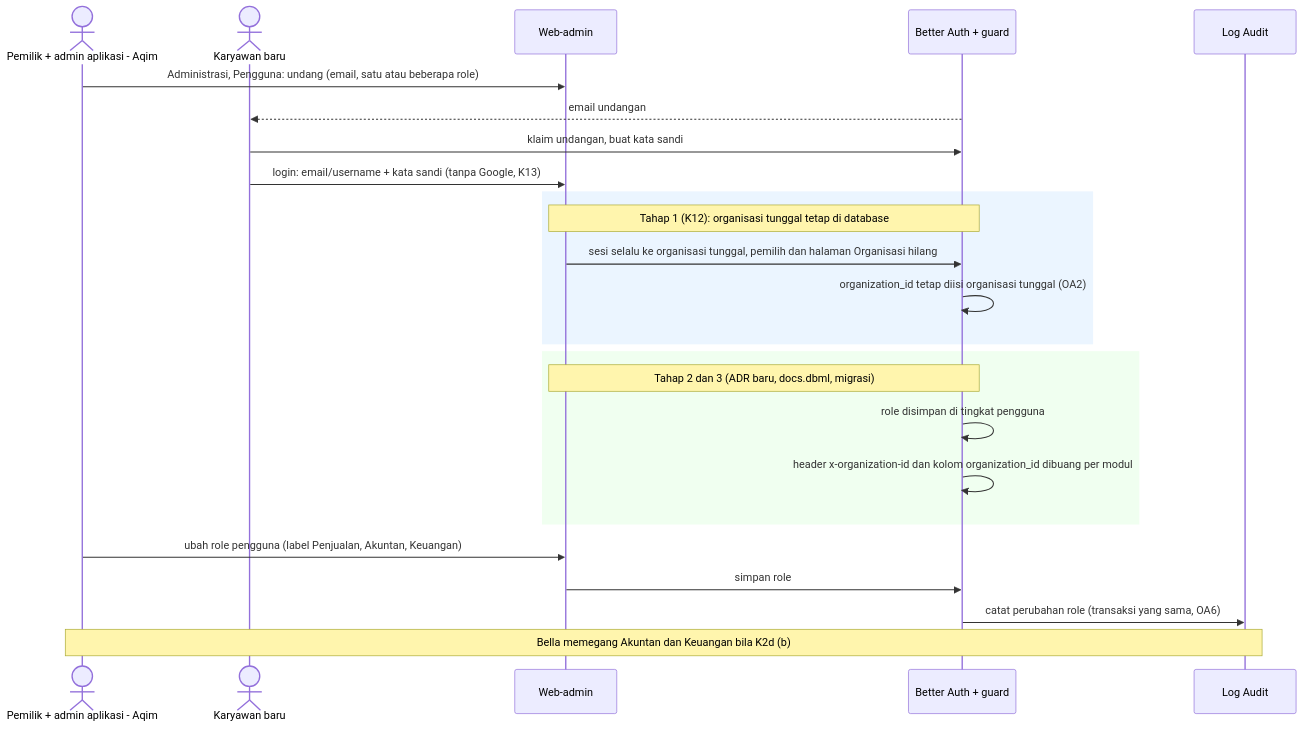
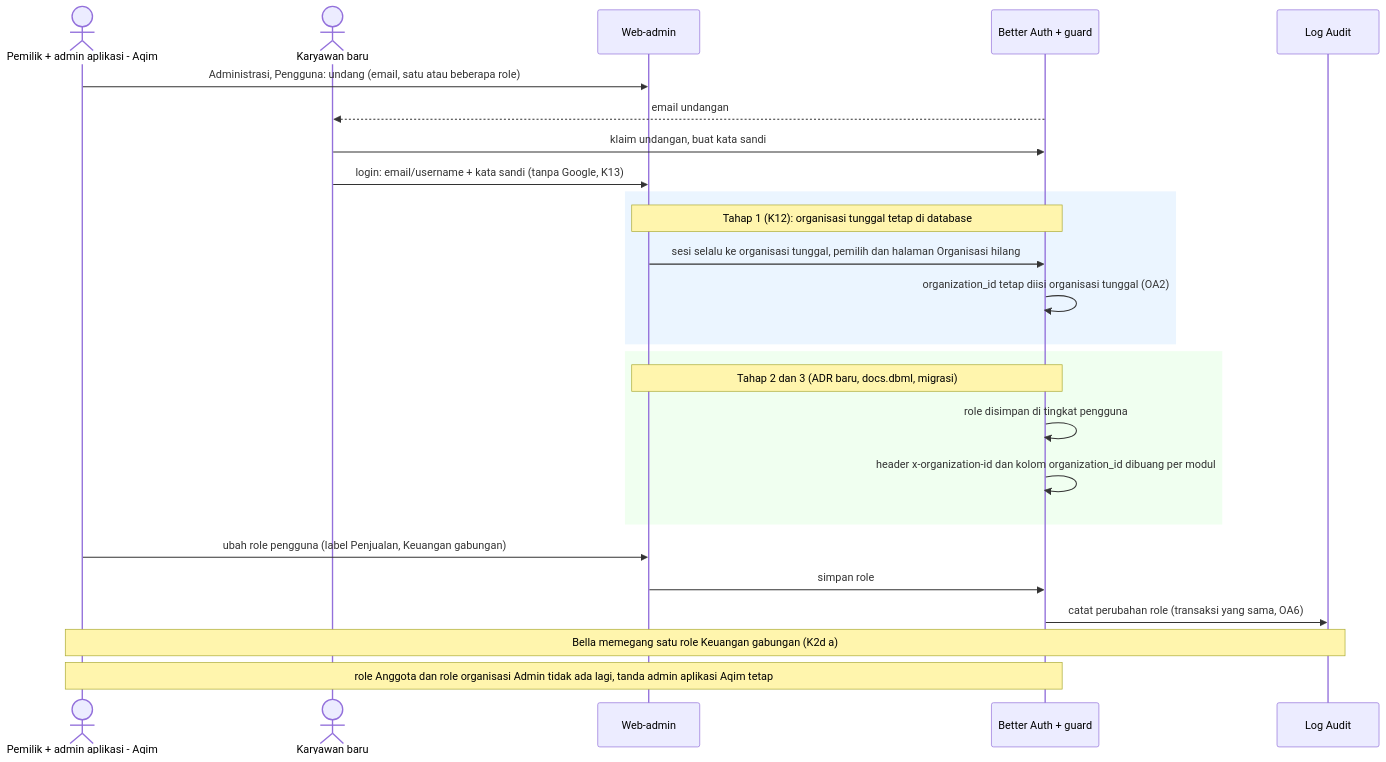
One commit to okifirsyah404/ims-erp changed diagram 13 of 22 in docs/adjustment/diagram-alur/sekarang-vs-sesudah.md. Above: the diagram before and after it, drawn with Mermaid. The commit also changed other lines of this file and 10 other files, not shown here.

````diff
--- a/docs/adjustment/diagram-alur/sekarang-vs-sesudah.md
+++ b/docs/adjustment/diagram-alur/sekarang-vs-sesudah.md
@@ -519,27 +526,28 @@
 ```mermaid
 sequenceDiagram
     actor W as Pemilik + admin aplikasi - Aqim
     actor U as Karyawan baru
     participant WA as Web-admin
     participant AUTH as Better Auth + guard
     participant AU as Log Audit
 
     W->>WA: Administrasi, Pengguna: undang (email, satu atau beberapa role)
     AUTH-->>U: email undangan
     U->>AUTH: klaim undangan, buat kata sandi
     U->>WA: login: email/username + kata sandi (tanpa Google, K13)
     rect rgb(235, 245, 255)
         Note over WA,AUTH: Tahap 1 (K12): organisasi tunggal tetap di database
         WA->>AUTH: sesi selalu ke organisasi tunggal, pemilih dan halaman Organisasi hilang
         AUTH->>AUTH: organization_id tetap diisi organisasi tunggal (OA2)
     end
     rect rgb(240, 255, 240)
         Note over WA,AUTH: Tahap 2 dan 3 (ADR baru, docs.dbml, migrasi)
         AUTH->>AUTH: role disimpan di tingkat pengguna
         AUTH->>AUTH: header x-organization-id dan kolom organization_id dibuang per modul
     end
-    W->>WA: ubah role pengguna (label Penjualan, Akuntan, Keuangan)
+    W->>WA: ubah role pengguna (label Penjualan, Keuangan gabungan)
     WA->>AUTH: simpan role
     AUTH->>AU: catat perubahan role (transaksi yang sama, OA6)
-    Note over W,AU: Bella memegang Akuntan dan Keuangan bila K2d (b)
+    Note over W,AU: Bella memegang satu role Keuangan gabungan (K2d a)
+    Note over W,AUTH: role Anggota dan role organisasi Admin tidak ada lagi, tanda admin aplikasi Aqim tetap
 ```
````
